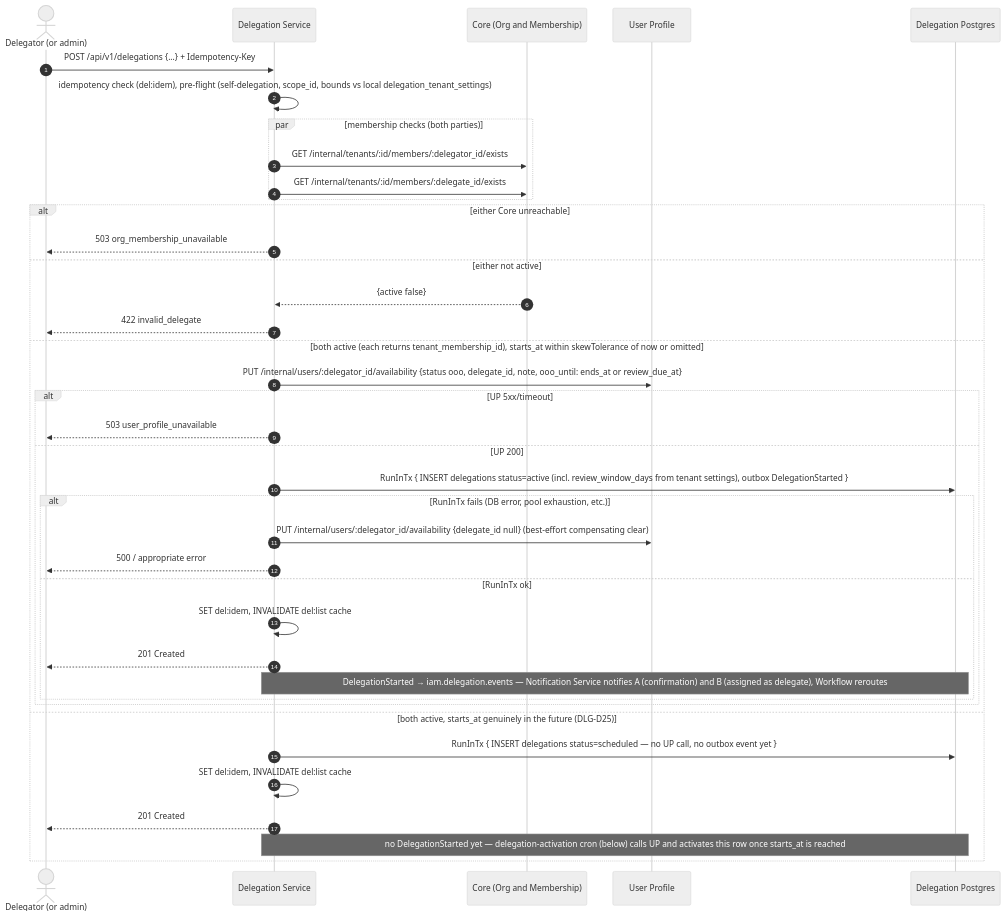
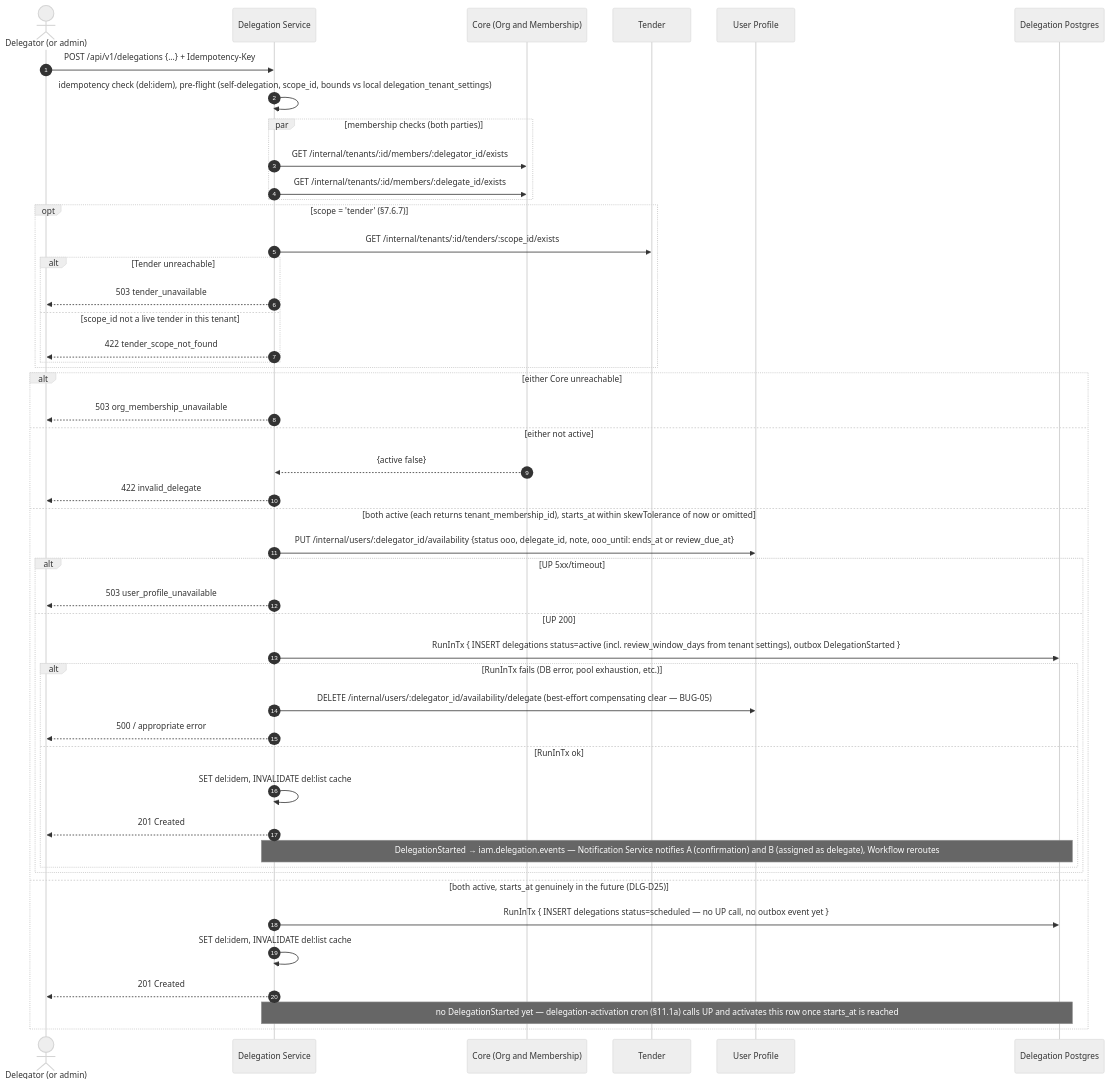
The fifth of 13 diagrams in ARCHITECTURE.md (BCBP-SOLUTIONS-FZC-LLC/iam-delegation), drawn with Mermaid (neutral theme) before and after one commit. The commit also changed other lines of this file and 48 other files, not shown here.

````diff
--- a/ARCHITECTURE.md
+++ b/ARCHITECTURE.md
@@ -344,42 +344,51 @@
 ```mermaid
 sequenceDiagram
     autonumber
     actor DR as Delegator (or admin)
     participant DLG as Delegation Service
     participant Core as Core (Org and Membership)
+    participant TN as Tender
     participant UP as User Profile
     participant PG as Delegation Postgres
 
     DR->>DLG: POST /api/v1/delegations {...} + Idempotency-Key
     DLG->>DLG: idempotency check (del:idem), pre-flight (self-delegation, scope_id, bounds vs local delegation_tenant_settings)
     par membership checks (both parties)
         DLG->>Core: GET /internal/tenants/:id/members/:delegator_id/exists
         DLG->>Core: GET /internal/tenants/:id/members/:delegate_id/exists
+    end
+    opt scope = 'tender' (§7.6.7)
+        DLG->>TN: GET /internal/tenants/:id/tenders/:scope_id/exists
+        alt Tender unreachable
+            DLG-->>DR: 503 tender_unavailable
+        else scope_id not a live tender in this tenant
+            DLG-->>DR: 422 tender_scope_not_found
+        end
     end
     alt either Core unreachable
         DLG-->>DR: 503 org_membership_unavailable
     else either not active
         Core-->>DLG: {active false}
         DLG-->>DR: 422 invalid_delegate
     else both active (each returns tenant_membership_id), starts_at within skewTolerance of now or omitted
         DLG->>UP: PUT /internal/users/:delegator_id/availability {status ooo, delegate_id, note, ooo_until: ends_at or review_due_at}
         alt UP 5xx/timeout
             DLG-->>DR: 503 user_profile_unavailable
         else UP 200
             DLG->>PG: RunInTx { INSERT delegations status=active (incl. review_window_days from tenant settings), outbox DelegationStarted }
             alt RunInTx fails (DB error, pool exhaustion, etc.)
-                DLG->>UP: PUT /internal/users/:delegator_id/availability {delegate_id null} (best-effort compensating clear)
+                DLG->>UP: DELETE /internal/users/:delegator_id/availability/delegate (best-effort compensating clear — BUG-05)
                 DLG-->>DR: 500 / appropriate error
             else RunInTx ok
                 DLG->>DLG: SET del:idem, INVALIDATE del:list cache
                 DLG-->>DR: 201 Created
                 Note over DLG,PG: DelegationStarted → iam.delegation.events — Notification Service notifies A (confirmation) and B (assigned as delegate), Workflow reroutes
             end
         end
     else both active, starts_at genuinely in the future (DLG-D25)
         DLG->>PG: RunInTx { INSERT delegations status=scheduled — no UP call, no outbox event yet }
         DLG->>DLG: SET del:idem, INVALIDATE del:list cache
         DLG-->>DR: 201 Created
-        Note over DLG,PG: no DelegationStarted yet — delegation-activation cron (below) calls UP and activates this row once starts_at is reached
+        Note over DLG,PG: no DelegationStarted yet — delegation-activation cron (§11.1a) calls UP and activates this row once starts_at is reached
     end
 ```
````
